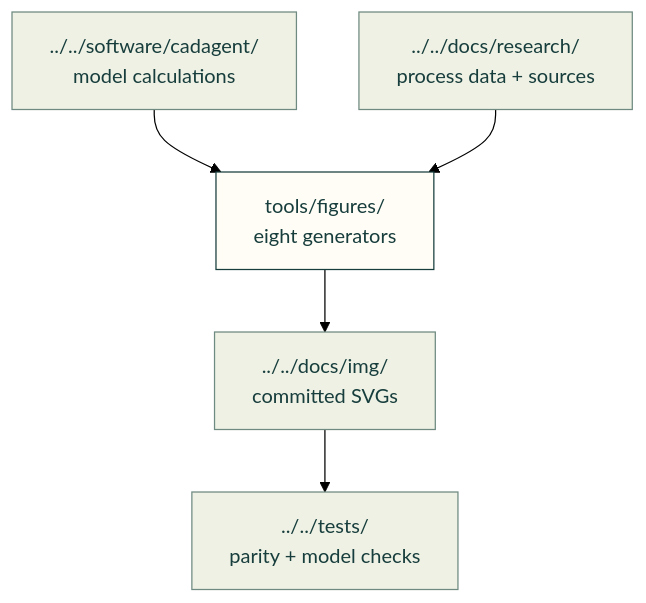
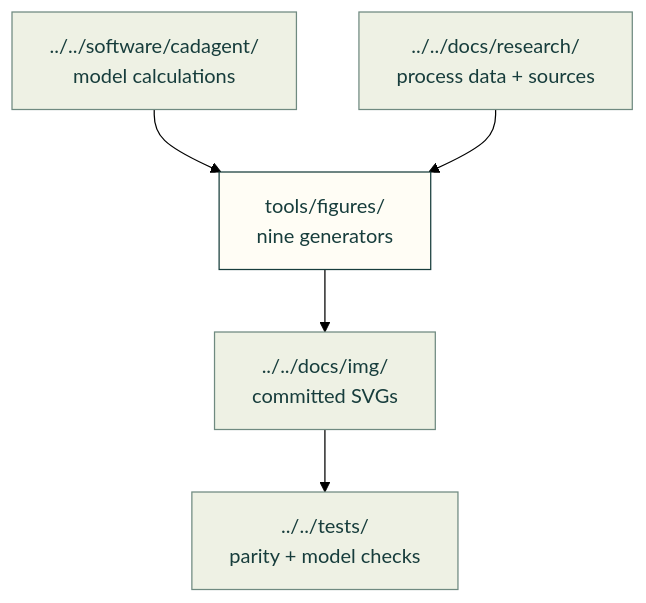
One commit to Valpatel/cad-agent changed the diagram in tools/figures/README.md. Above: the diagram before and after it, drawn with Mermaid (forest theme). The commit also changed other lines of this file and 9 other files, not shown here.

````diff
--- a/tools/figures/README.md
+++ b/tools/figures/README.md
@@ -5,11 +5,11 @@
 ```mermaid
 flowchart TD
-    C["../../software/cadagent/<br/>model calculations"] --> G["tools/figures/<br/>eight generators"]
+    C["../../software/cadagent/<br/>model calculations"] --> G["tools/figures/<br/>nine generators"]
     D["../../docs/research/<br/>process data + sources"] --> G
     G --> O["../../docs/img/<br/>committed SVGs"]
     O --> T["../../tests/<br/>parity + model checks"]
     classDef here fill:#fffdf5,stroke:#173d3c,color:#173d3c
     classDef near fill:#eef1e4,stroke:#6f8a80,color:#173d3c
     class G here
     class C,D,O,T near
 ```
````
